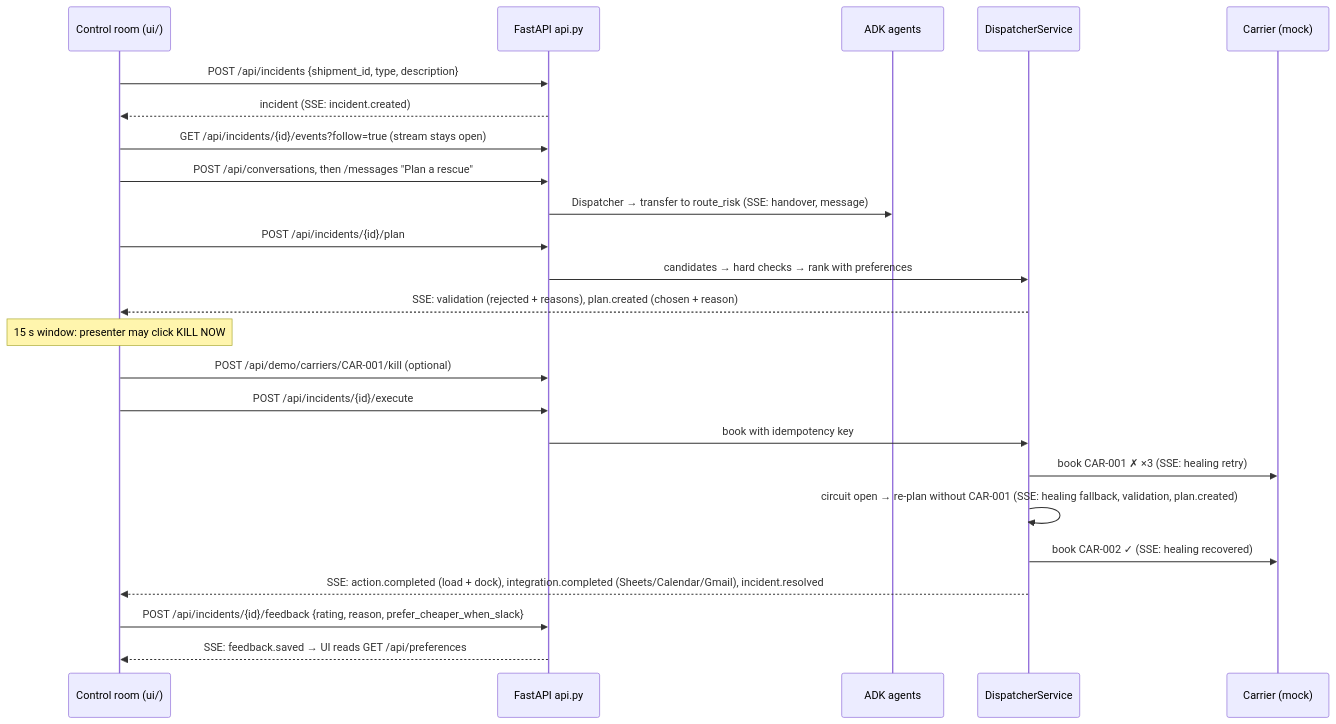
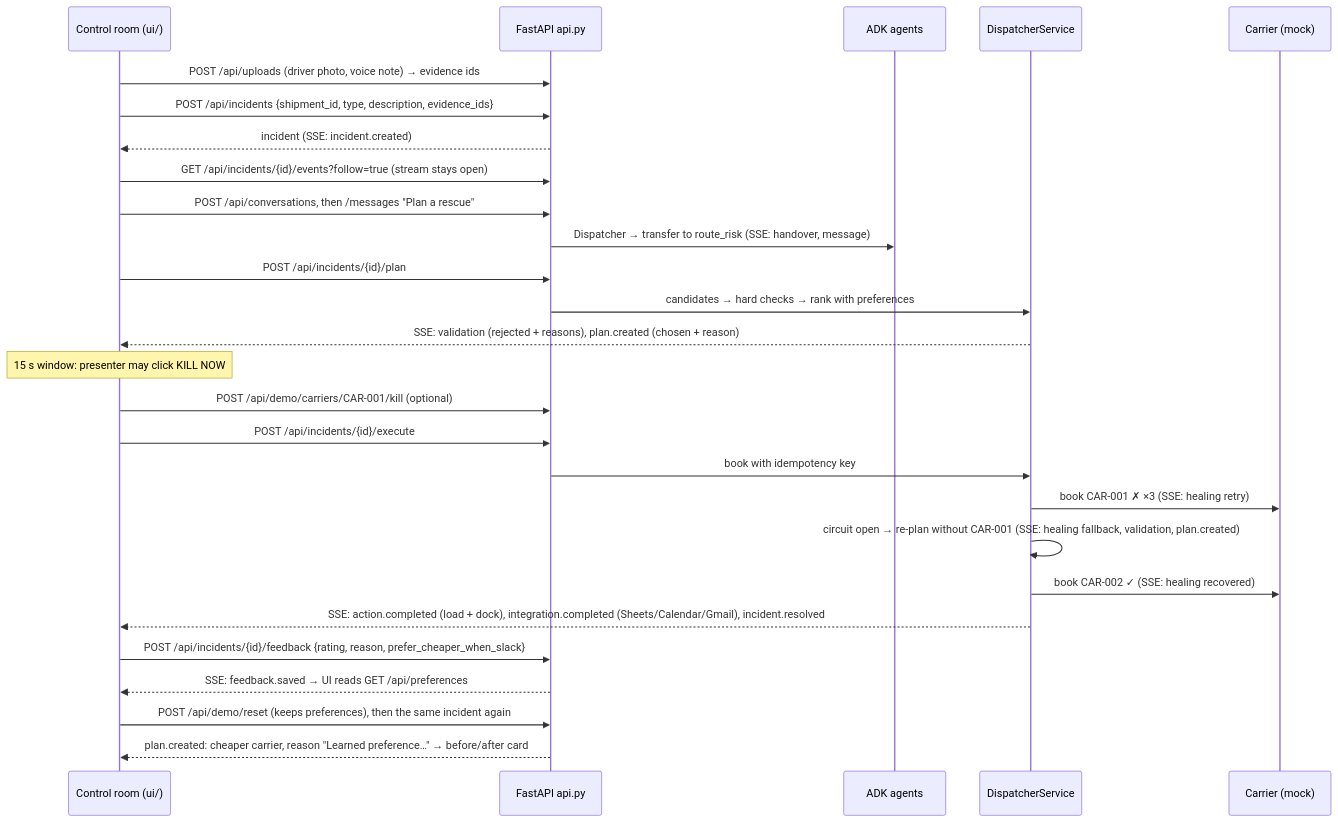
One commit to HideshBalaji/gdg-agentwars changed the second of 2 diagrams in README.md. Above: the diagram before and after it, drawn with Mermaid. The commit also changed other lines of this file and 13 other files, not shown here.

First line of the commit message:
feat: show the learned decision and multimodal evidence in live mode

````diff
--- a/README.md
+++ b/README.md
@@ -157,26 +164,29 @@
 ```mermaid
 sequenceDiagram
   participant U as Control room (ui/)
   participant A as FastAPI api.py
   participant D as ADK agents
   participant S as DispatcherService
   participant C as Carrier (mock)
-  U->>A: POST /api/incidents {shipment_id, type, description}
+  U->>A: POST /api/uploads (driver photo, voice note) → evidence ids
+  U->>A: POST /api/incidents {shipment_id, type, description, evidence_ids}
   A-->>U: incident (SSE: incident.created)
   U->>A: GET /api/incidents/{id}/events?follow=true (stream stays open)
   U->>A: POST /api/conversations, then /messages "Plan a rescue"
   A->>D: Dispatcher → transfer to route_risk (SSE: handover, message)
   U->>A: POST /api/incidents/{id}/plan
   A->>S: candidates → hard checks → rank with preferences
   S-->>U: SSE: validation (rejected + reasons), plan.created (chosen + reason)
   Note over U: 15 s window: presenter may click KILL NOW
   U->>A: POST /api/demo/carriers/CAR-001/kill (optional)
   U->>A: POST /api/incidents/{id}/execute
   A->>S: book with idempotency key
   S->>C: book CAR-001 ✗ ×3 (SSE: healing retry)
   S->>S: circuit open → re-plan without CAR-001 (SSE: healing fallback, validation, plan.created)
   S->>C: book CAR-002 ✓ (SSE: healing recovered)
   S-->>U: SSE: action.completed (load + dock), integration.completed (Sheets/Calendar/Gmail), incident.resolved
   U->>A: POST /api/incidents/{id}/feedback {rating, reason, prefer_cheaper_when_slack}
   A-->>U: SSE: feedback.saved → UI reads GET /api/preferences
+  U->>A: POST /api/demo/reset (keeps preferences), then the same incident again
+  A-->>U: plan.created: cheaper carrier, reason "Learned preference…" → before/after card
 ```
````
